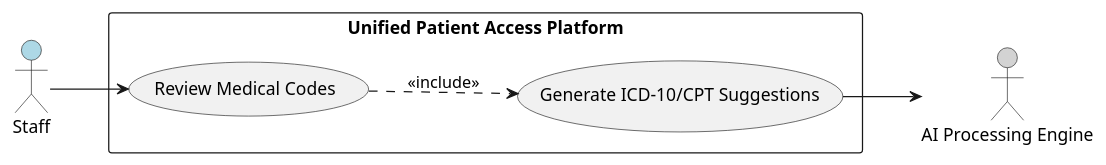
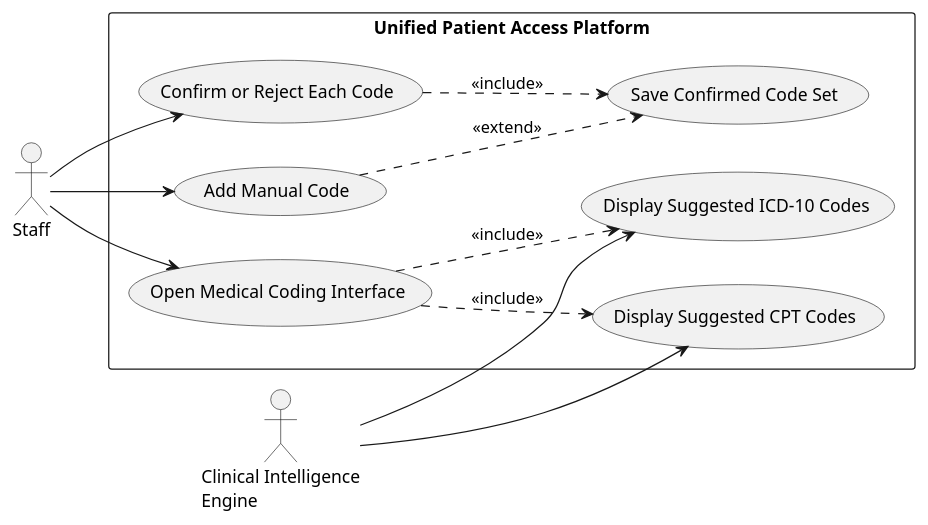
The ninth of 12 diagrams in .propel/context/docs/spec.md (divya-bharathi-24/Propel-IQ-Patient-Platform), drawn with PlantUML before and after one commit. The commit also changed other lines of this file and 60 other files, not shown here.

````diff
--- a/.propel/context/docs/spec.md
+++ b/.propel/context/docs/spec.md
@@ -713,18 +649,28 @@
 ```plantuml
-@startuml
+@startuml UC-009-Medical-Code-Review
 left to right direction
 skinparam packageStyle rectangle
 
-actor Staff #LightBlue
-actor "AI Processing Engine" as AI #LightGray
+actor Staff
+actor "Clinical Intelligence\nEngine" as AIEngine
 
 rectangle "Unified Patient Access Platform" {
-  usecase "Review Medical Codes" as UC15
-  usecase "Generate ICD-10/CPT Suggestions" as UC15a
+  usecase "Open Medical Coding Interface" as UC009_OPEN
+  usecase "Display Suggested ICD-10 Codes" as UC009_ICD
+  usecase "Display Suggested CPT Codes" as UC009_CPT
+  usecase "Confirm or Reject Each Code" as UC009_REVIEW
+  usecase "Add Manual Code" as UC009_MANUAL
+  usecase "Save Confirmed Code Set" as UC009_SAVE
 }
 
-Staff --> UC15
-UC15 ..> UC15a : <<include>>
-UC15a --> AI
+Staff --> UC009_OPEN
+Staff --> UC009_REVIEW
+Staff --> UC009_MANUAL
+AIEngine --> UC009_ICD
+AIEngine --> UC009_CPT
+UC009_OPEN ..> UC009_ICD : <<include>>
+UC009_OPEN ..> UC009_CPT : <<include>>
+UC009_REVIEW ..> UC009_SAVE : <<include>>
+UC009_MANUAL ..> UC009_SAVE : <<extend>>
 @enduml
 ```
````
